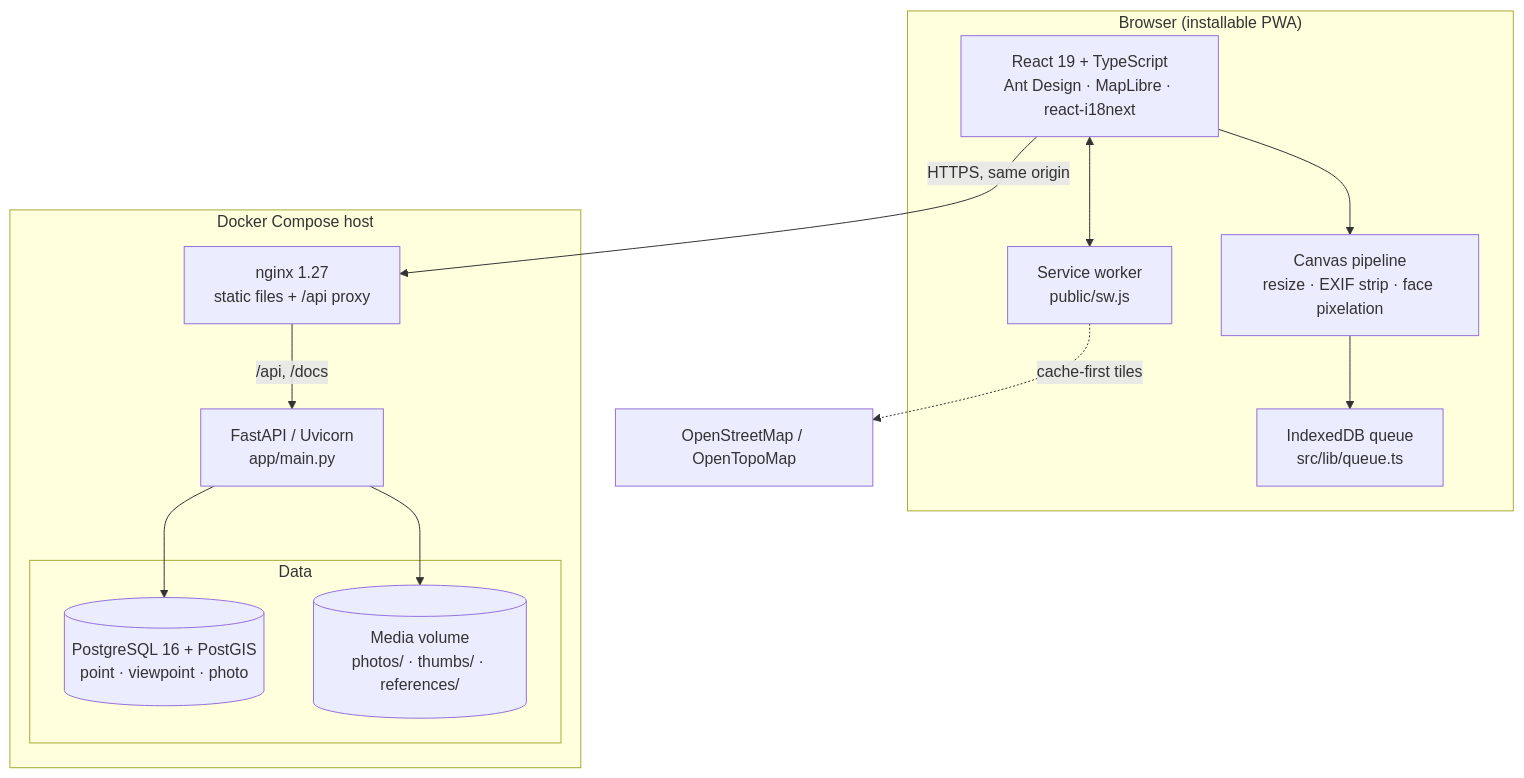
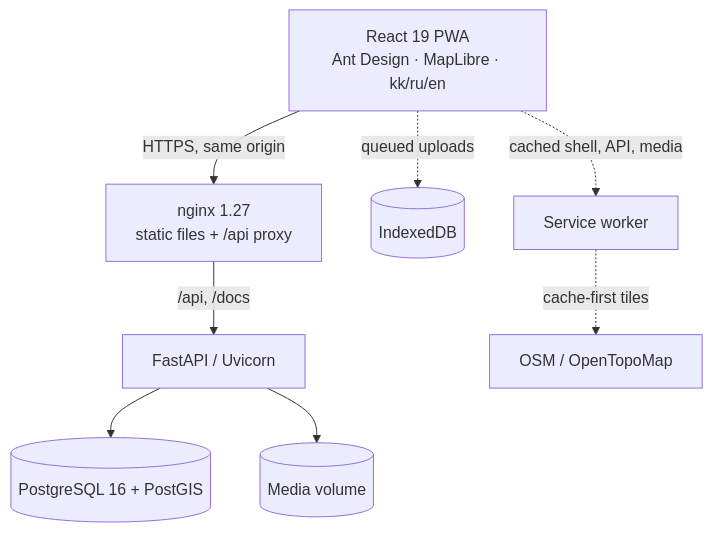
Before and after one commit to mossimka/muzdyq: the first of 2 diagrams in docs/ARCHITECTURE.md, drawn with Mermaid. The commit also changed other lines of this file and 9 other files, not shown here.

````diff
--- a/docs/ARCHITECTURE.md
+++ b/docs/ARCHITECTURE.md
@@ -7,26 +7,10 @@
 ```mermaid
-flowchart TB
-    subgraph Client["Browser (installable PWA)"]
-        UI["React 19 + TypeScript<br/>Ant Design · MapLibre · react-i18next"]
-        Q["IndexedDB queue<br/>src/lib/queue.ts"]
-        IMG["Canvas pipeline<br/>resize · EXIF strip · face pixelation"]
-        SW["Service worker<br/>public/sw.js"]
-        UI --> IMG --> Q
-        UI <--> SW
-    end
-
-    subgraph Server["Docker Compose host"]
-        NG["nginx 1.27<br/>static files + /api proxy"]
-        API["FastAPI / Uvicorn<br/>app/main.py"]
-        subgraph Data
-            PG[("PostgreSQL 16 + PostGIS<br/>point · viewpoint · photo")]
-            MV[("Media volume<br/>photos/ · thumbs/ · references/")]
-        end
-        NG -->|"/api, /docs"| API
-        API --> PG
-        API --> MV
-    end
-
-    UI -->|"HTTPS, same origin"| NG
-    SW -.->|"cache-first tiles"| OSM["OpenStreetMap / OpenTopoMap"]
+flowchart TD
+    UI["React 19 PWA<br/>Ant Design · MapLibre · kk/ru/en"] -->|"HTTPS, same origin"| NG["nginx 1.27<br/>static files + /api proxy"]
+    NG -->|"/api, /docs"| API["FastAPI / Uvicorn"]
+    API --> PG[("PostgreSQL 16 + PostGIS")]
+    API --> MV[("Media volume")]
+    UI -. "queued uploads" .-> Q[("IndexedDB")]
+    UI -. "cached shell, API, media" .-> SW["Service worker"]
+    SW -. "cache-first tiles" .-> OSM["OSM / OpenTopoMap"]
 ```
````
